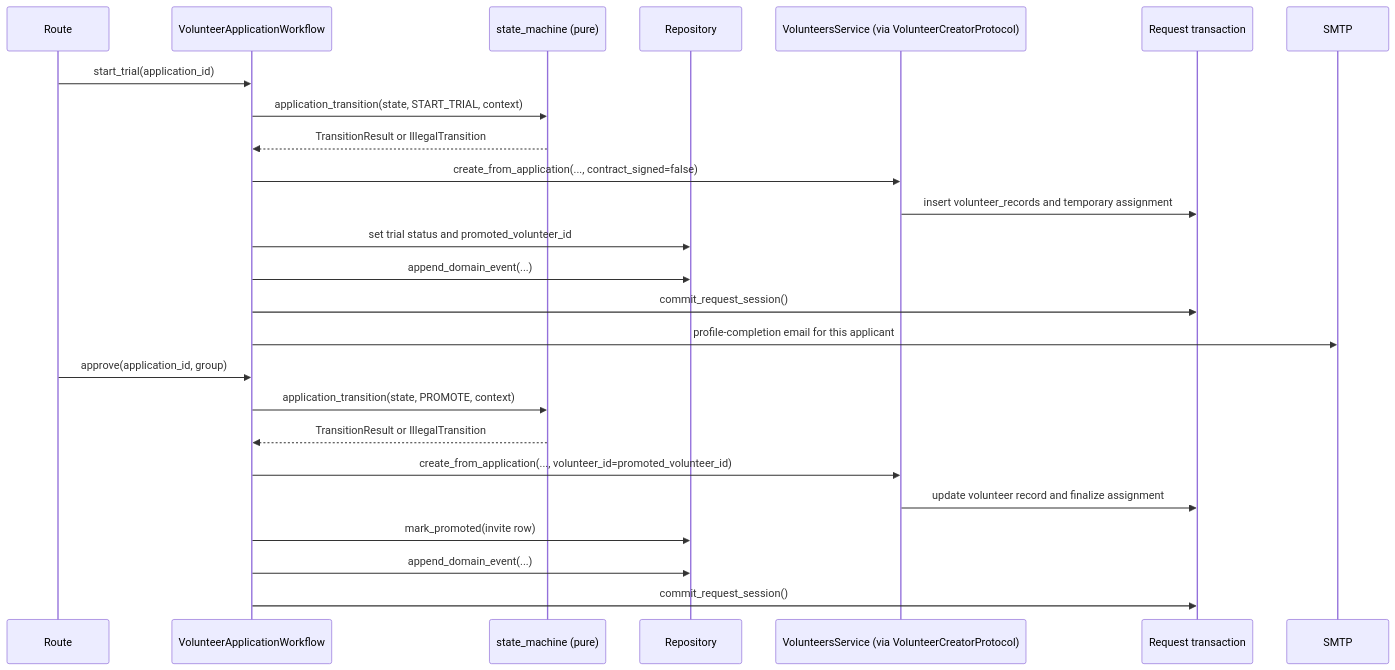
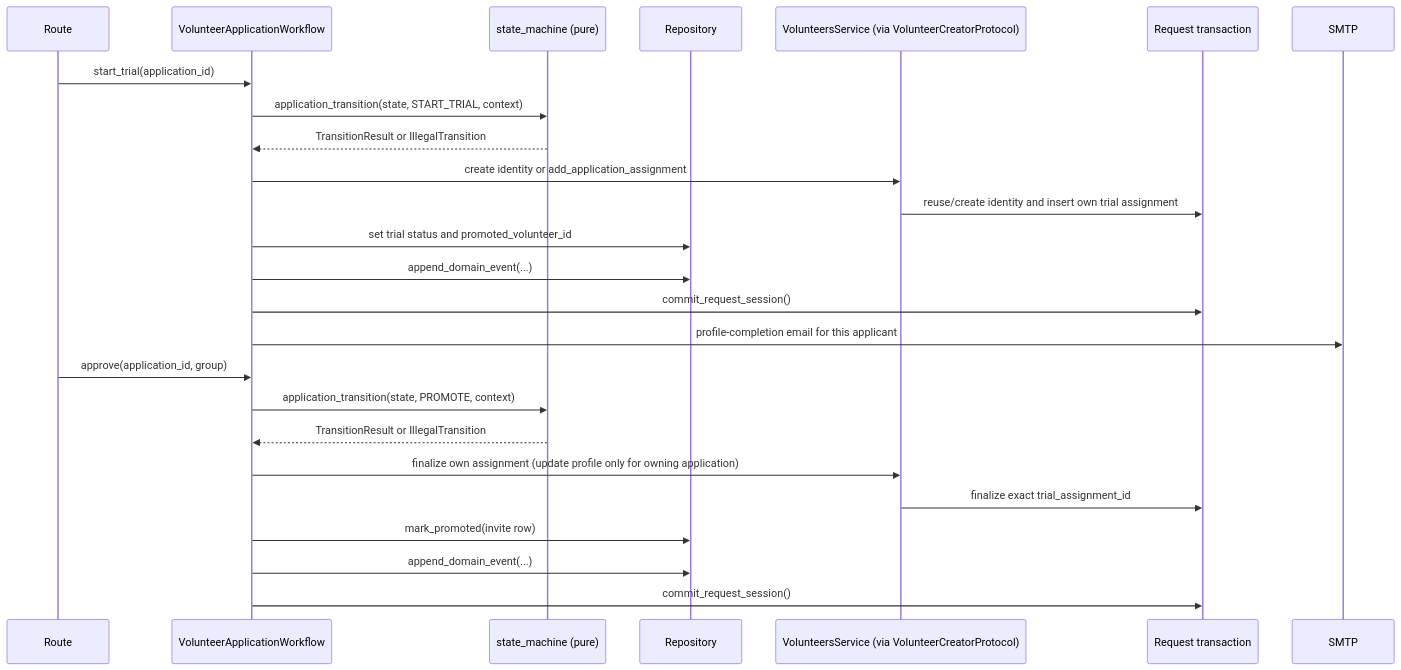
Before and after one commit to kvarteret/kvarteret-personal: the second of 2 diagrams in docs/explanation/volunteer-application-lifecycle.md, drawn with Mermaid. The commit also changed other lines of this file and 52 other files, not shown here.

````diff
--- a/docs/explanation/volunteer-application-lifecycle.md
+++ b/docs/explanation/volunteer-application-lifecycle.md
@@ -63,29 +87,29 @@
 ```mermaid
 sequenceDiagram
     participant R as Route
     participant W as VolunteerApplicationWorkflow
     participant SM as state_machine (pure)
     participant Repo as Repository
     participant V as VolunteersService (via VolunteerCreatorProtocol)
     participant DB as Request transaction
     participant SMTP as SMTP
 
     R->>W: start_trial(application_id)
     W->>SM: application_transition(state, START_TRIAL, context)
     SM-->>W: TransitionResult or IllegalTransition
-    W->>V: create_from_application(..., contract_signed=false)
-    V->>DB: insert volunteer_records and temporary assignment
+    W->>V: create identity or add_application_assignment
+    V->>DB: reuse/create identity and insert own trial assignment
     W->>Repo: set trial status and promoted_volunteer_id
     W->>Repo: append_domain_event(...)
     W->>DB: commit_request_session()
     W->>SMTP: profile-completion email for this applicant
 
     R->>W: approve(application_id, group)
     W->>SM: application_transition(state, PROMOTE, context)
     SM-->>W: TransitionResult or IllegalTransition
-    W->>V: create_from_application(..., volunteer_id=promoted_volunteer_id)
-    V->>DB: update volunteer record and finalize assignment
+    W->>V: finalize own assignment (update profile only for owning application)
+    V->>DB: finalize exact trial_assignment_id
     W->>Repo: mark_promoted(invite row)
     W->>Repo: append_domain_event(...)
     W->>DB: commit_request_session()
 ```
````
